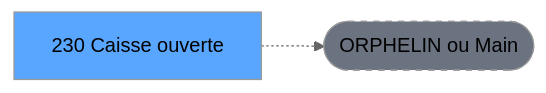
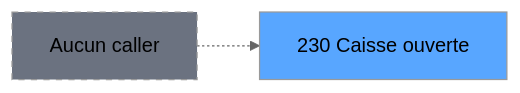
Before and after one commit to thonyAGP/magic-migration: the second of 3 diagrams in .openspec/specs/ADH-IDE-230.md, drawn with Mermaid (neutral theme). The commit also changed other lines of this file and 493 other files, not shown here.

````diff
--- a/.openspec/specs/ADH-IDE-230.md
+++ b/.openspec/specs/ADH-IDE-230.md
@@ -121,8 +146,8 @@
 ```mermaid
 graph LR
-    T[230 Caisse ouverte]
-    ORPHAN([ORPHELIN ou Main])
-    T -.-> ORPHAN
-    style T fill:#58a6ff,color:#000
-    style ORPHAN fill:#6b7280,stroke-dasharray: 5 5
+    T230[230 Caisse ouverte]
+    style T230 fill:#58a6ff
+    NONE[Aucun caller]
+    NONE -.-> T230
+    style NONE fill:#6b7280,stroke-dasharray: 5 5
 ```
````
